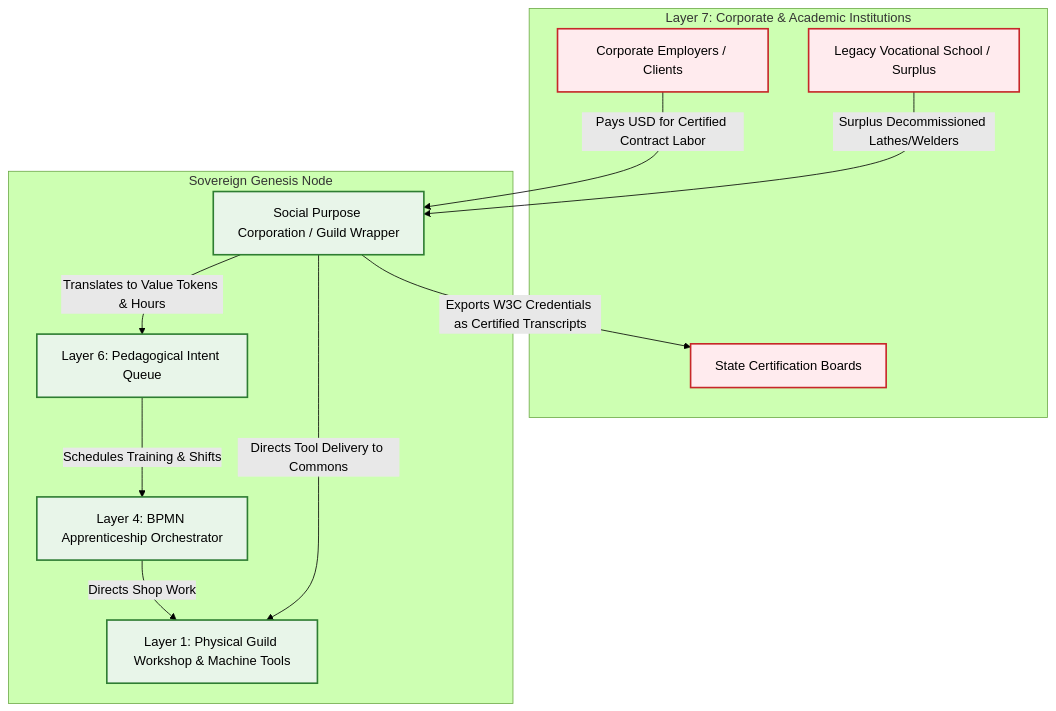
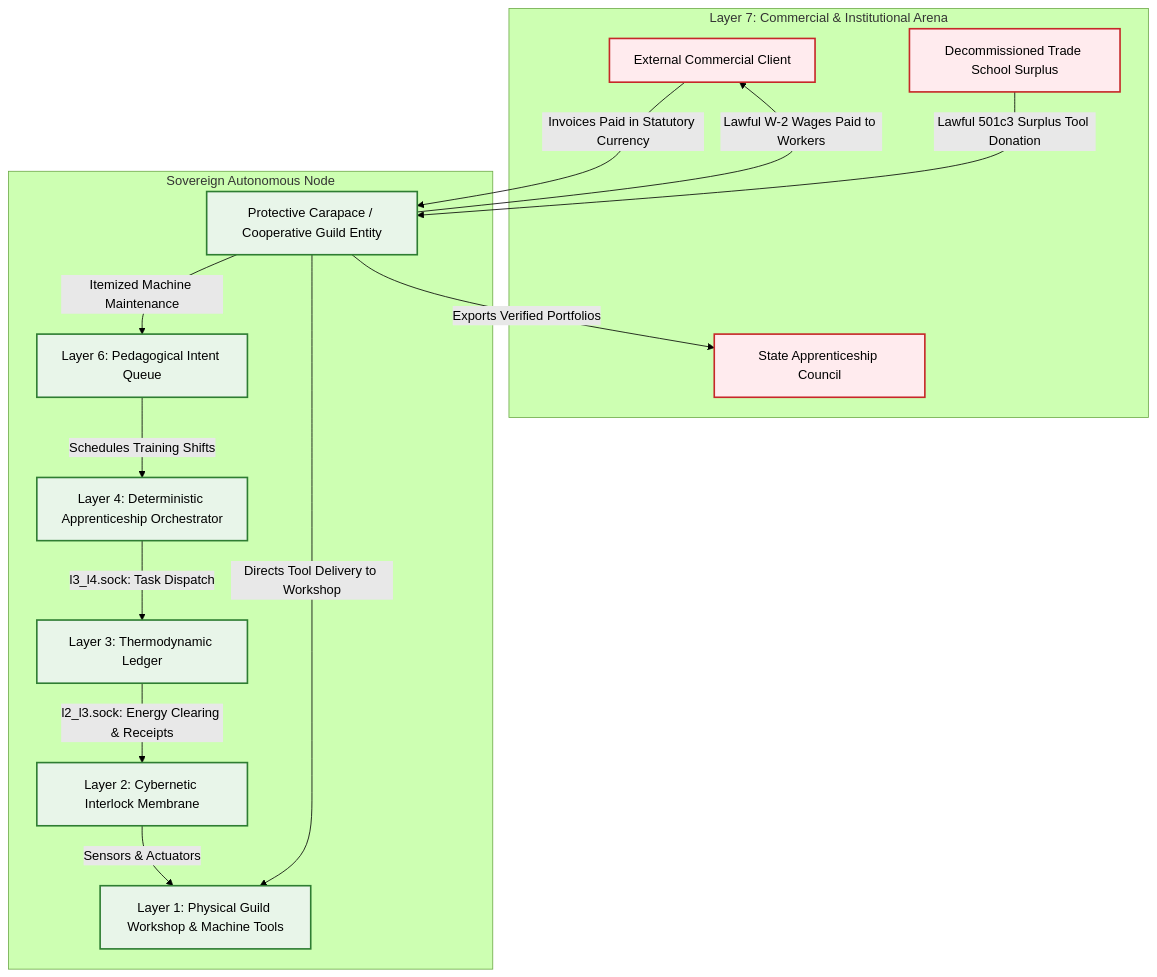
One commit to raffaine/collective changed the fourth of 4 diagrams in docs/scenarios/kappa_apprenticeship.md. Above: the diagram before and after it, drawn with Mermaid (forest theme). The commit also changed other lines of this file and 23 other files, not shown here.

````diff
--- a/docs/scenarios/kappa_apprenticeship.md
+++ b/docs/scenarios/kappa_apprenticeship.md
@@ -161,31 +193,36 @@
 ```mermaid
 graph TD
-    subgraph Legacy Market [Layer 7: Corporate & Academic Institutions]
-        Corp[Corporate Employers / Clients]
-        TechSchool[Legacy Vocational School / Surplus]
-        OSHA[State Certification Boards]
+    subgraph Legacy Market [Layer 7: Commercial & Institutional Arena]
+        Client[External Commercial Client]
+        TechSchool[Decommissioned Trade School Surplus]
+        StateBoard[State Apprenticeship Council]
     end
 
-    subgraph The Collective [Sovereign Genesis Node]
-        SPC[Social Purpose Corporation / Guild Wrapper]
+    subgraph The Collective [Sovereign Autonomous Node]
+        Carapace[Protective Carapace / Cooperative Guild Entity]
         L6[Layer 6: Pedagogical Intent Queue]
-        L4[Layer 4: BPMN Apprenticeship Orchestrator]
+        L4[Layer 4: Deterministic Apprenticeship Orchestrator]
+        L3[Layer 3: Thermodynamic Ledger]
+        L2[Layer 2: Cybernetic Interlock Membrane]
         L1[Layer 1: Physical Guild Workshop & Machine Tools]
     end
 
-    %% Inbound Flow
-    Corp -->|Pays USD for Certified Contract Labor| SPC
-    SPC -->|Translates to Value Tokens & Hours| L6
-    L6 -->|Schedules Training & Shifts| L4
-    L4 -->|Directs Shop Work| L1
+    %% Inbound Commercial Flow
+    Client -->|Invoices Paid in Statutory Currency| Carapace
+    Carapace -->|Lawful W-2 Wages Paid to Workers| Client
+    Carapace -->|Itemized Machine Maintenance| L6
+    L6 -->|Schedules Training Shifts| L4
+    L4 -->|l3_l4.sock: Task Dispatch| L3
+    L3 -->|l2_l3.sock: Energy Clearing & Receipts| L2
+    L2 -->|Sensors & Actuators| L1
 
-    %% Outbound & Leeching Flow
-    TechSchool -->|Surplus Decommissioned Lathes/Welders| SPC
-    SPC -->|Directs Tool Delivery to Commons| L1
-    SPC -->|Exports W3C Credentials as Certified Transcripts| OSHA
+    %% Surplus & Credential Flow
+    TechSchool -->|Lawful 501c3 Surplus Tool Donation| Carapace
+    Carapace -->|Directs Tool Delivery to Workshop| L1
+    Carapace -->|Exports Verified Portfolios| StateBoard
 
     classDef legacy fill:#ffebee,stroke:#c62828,stroke-width:2px;
     classDef sovereign fill:#e8f5e9,stroke:#2e7d32,stroke-width:2px;
-    class Corp,TechSchool,OSHA legacy;
-    class SPC,L6,L4,L1 sovereign;
+    class Client,TechSchool,StateBoard legacy;
+    class Carapace,L6,L4,L3,L2,L1 sovereign;
 ```
````
